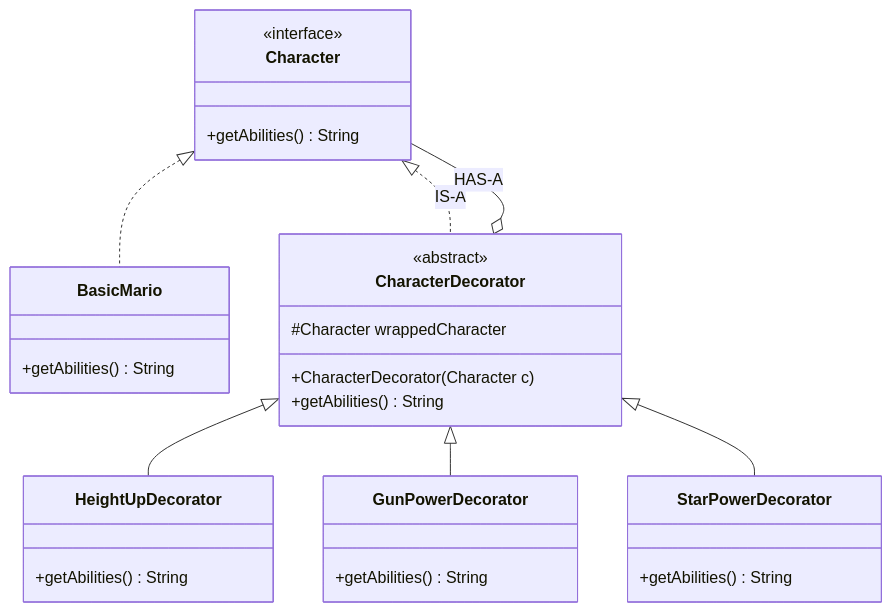
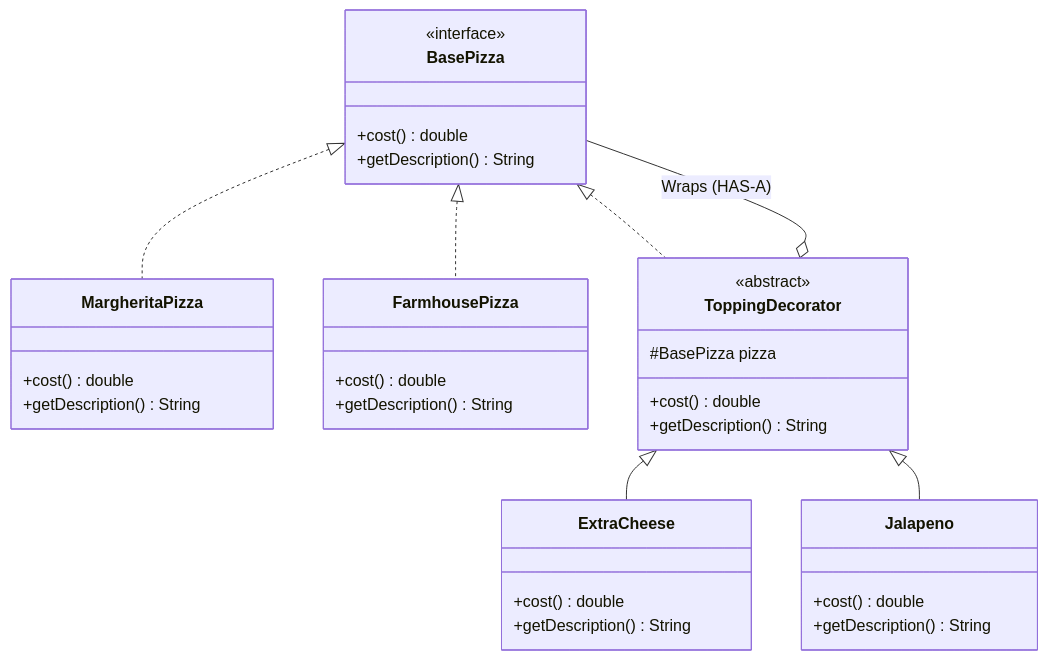
Before and after one commit to rohithgowda18/Notes: the second of 3 diagrams in 04-OOPs-and-Design-Patterns/03-Design-Patterns/13-Decorator-Design-Pattern.md, drawn with Mermaid. The commit also changed other lines of this file and 17 other files, not shown here.

Commit message:
docs(lld): enrich notes with deep architectural analysis, diagrams, anti-patterns & code

````diff
--- a/04-OOPs-and-Design-Patterns/03-Design-Patterns/13-Decorator-Design-Pattern.md
+++ b/04-OOPs-and-Design-Patterns/03-Design-Patterns/13-Decorator-Design-Pattern.md
@@ -41,35 +38,40 @@
 ```mermaid
 classDiagram
-    class Character {
+    class BasePizza {
         <<interface>>
-        +getAbilities() String
+        +cost() double
+        +getDescription() String
     }
 
-    class BasicMario {
-        +getAbilities() String
+    class MargheritaPizza {
+        +cost() double
+        +getDescription() String
+    }
+    class FarmhousePizza {
+        +cost() double
+        +getDescription() String
     }
 
-    class CharacterDecorator {
+    class ToppingDecorator {
         <<abstract>>
-        #Character wrappedCharacter
-        +CharacterDecorator(Character c)
-        +getAbilities() String
+        #BasePizza pizza
+        +cost() double
+        +getDescription() String
     }
 
-    class HeightUpDecorator {
-        +getAbilities() String
+    class ExtraCheese {
+        +cost() double
+        +getDescription() String
     }
-    class GunPowerDecorator {
-        +getAbilities() String
-    }
-    class StarPowerDecorator {
-        +getAbilities() String
+    class Jalapeno {
+        +cost() double
+        +getDescription() String
     }
 
-    Character <|.. BasicMario
-    Character <|.. CharacterDecorator : IS-A
-    CharacterDecorator o-- Character : HAS-A
-    CharacterDecorator <|-- HeightUpDecorator
-    CharacterDecorator <|-- GunPowerDecorator
-    CharacterDecorator <|-- StarPowerDecorator
+    BasePizza <|.. MargheritaPizza
+    BasePizza <|.. FarmhousePizza
+    BasePizza <|.. ToppingDecorator
+    ToppingDecorator <|-- ExtraCheese
+    ToppingDecorator <|-- Jalapeno
+    ToppingDecorator o-- BasePizza : Wraps (HAS-A)
 ```
````
